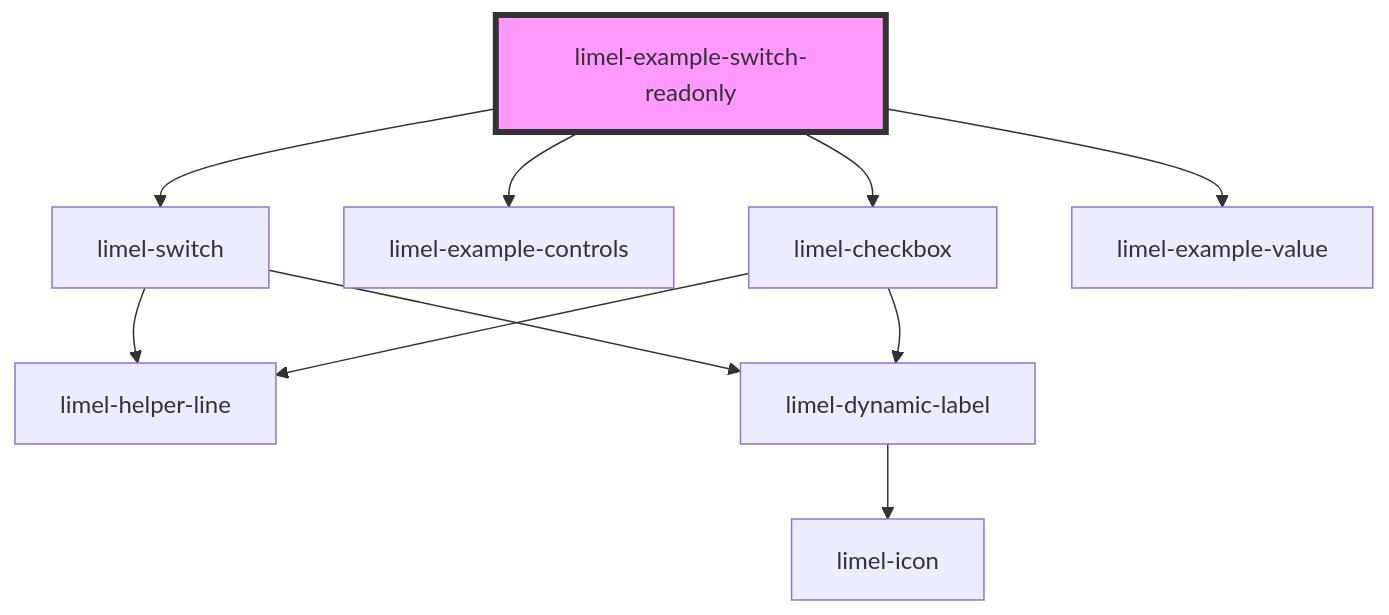
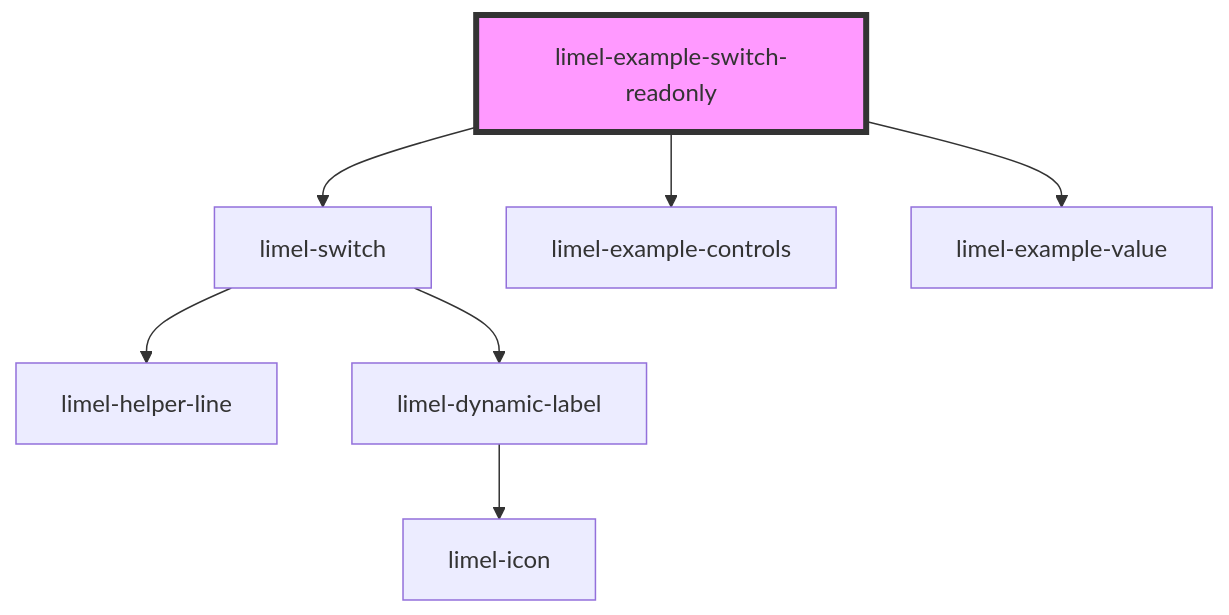
Before and after one commit to Lundalogik/lime-elements: the diagram in versions/PR-3478/markdown-docs/components/switch/examples/readme.md, drawn with Mermaid. The commit also changed other lines of this file and 118 other files, not shown here.

````diff
--- a/versions/PR-3478/markdown-docs/components/switch/examples/readme.md
+++ b/versions/PR-3478/markdown-docs/components/switch/examples/readme.md
@@ -39,13 +38,10 @@
 ```mermaid
 graph TD;
   limel-example-switch-readonly --> limel-switch
   limel-example-switch-readonly --> limel-example-controls
-  limel-example-switch-readonly --> limel-checkbox
   limel-example-switch-readonly --> limel-example-value
   limel-switch --> limel-helper-line
   limel-switch --> limel-dynamic-label
   limel-dynamic-label --> limel-icon
-  limel-checkbox --> limel-dynamic-label
-  limel-checkbox --> limel-helper-line
   style limel-example-switch-readonly fill:#f9f,stroke:#333,stroke-width:4px
 ```
````
